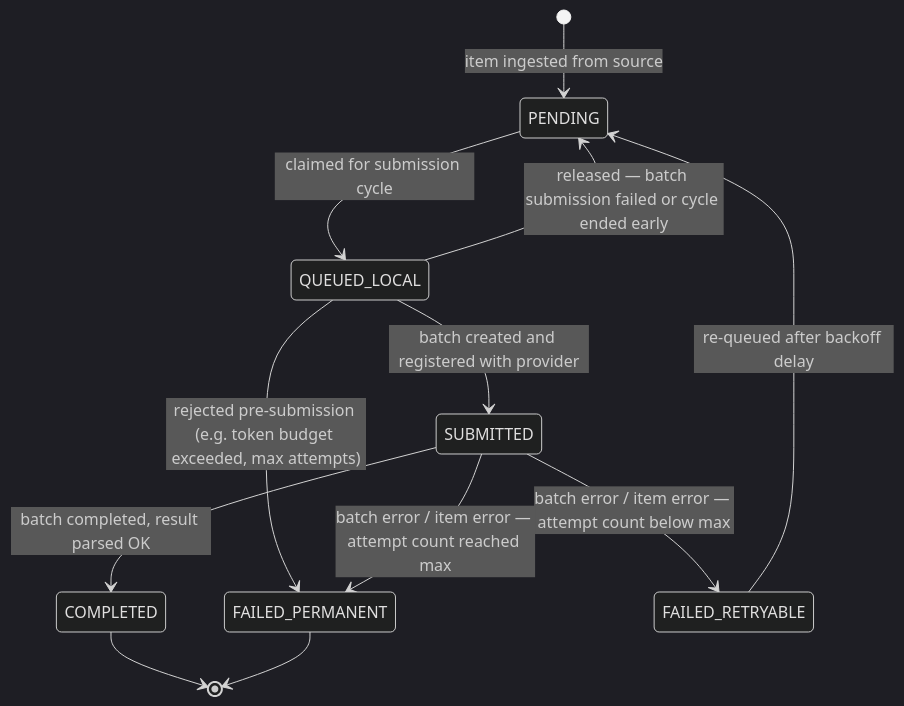
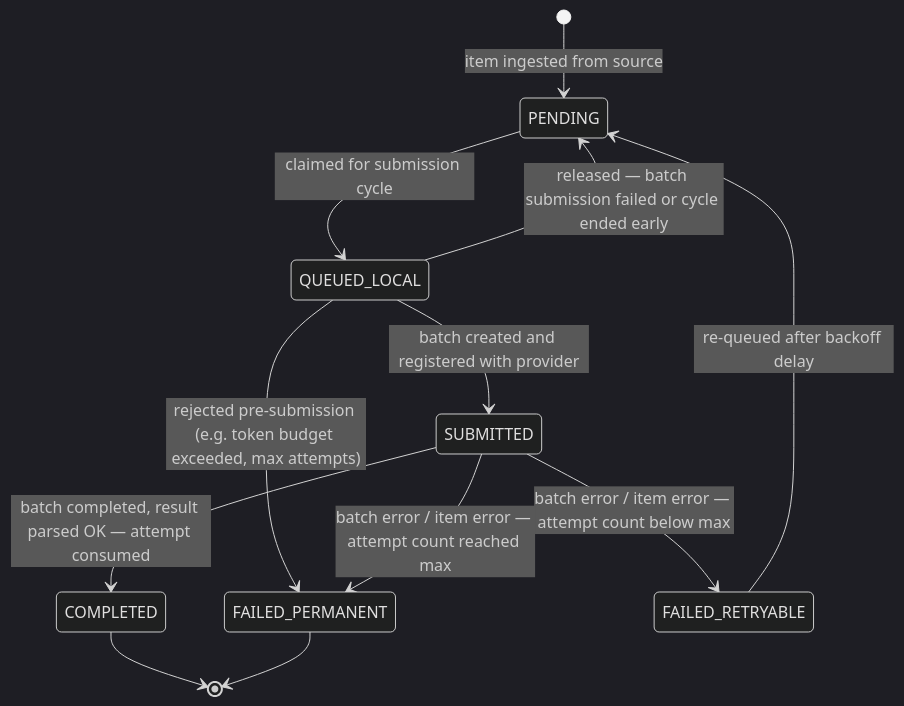
The third of 4 diagrams in docs/design_docs/ARCHITECTURE.md (AnsonDev42/batchor), drawn with Mermaid (dark theme) before and after one commit. The commit also changed 11 other files, not shown here.

````diff
--- a/docs/design_docs/ARCHITECTURE.md
+++ b/docs/design_docs/ARCHITECTURE.md
@@ -222,18 +222,18 @@
 ```mermaid
 stateDiagram-v2
     [*] --> PENDING : item ingested from source
 
     PENDING --> QUEUED_LOCAL : claimed for submission cycle
     QUEUED_LOCAL --> PENDING : released — batch submission failed or cycle ended early
     QUEUED_LOCAL --> FAILED_PERMANENT : rejected pre-submission (e.g. token budget exceeded, max attempts)
     QUEUED_LOCAL --> SUBMITTED : batch created and registered with provider
 
-    SUBMITTED --> COMPLETED : batch completed, result parsed OK
+    SUBMITTED --> COMPLETED : batch completed, result parsed OK — attempt consumed
     SUBMITTED --> FAILED_RETRYABLE : batch error / item error — attempt count below max
     SUBMITTED --> FAILED_PERMANENT : batch error / item error — attempt count reached max
 
     FAILED_RETRYABLE --> PENDING : re-queued after backoff delay
 
     COMPLETED --> [*]
     FAILED_PERMANENT --> [*]
 ```
````
